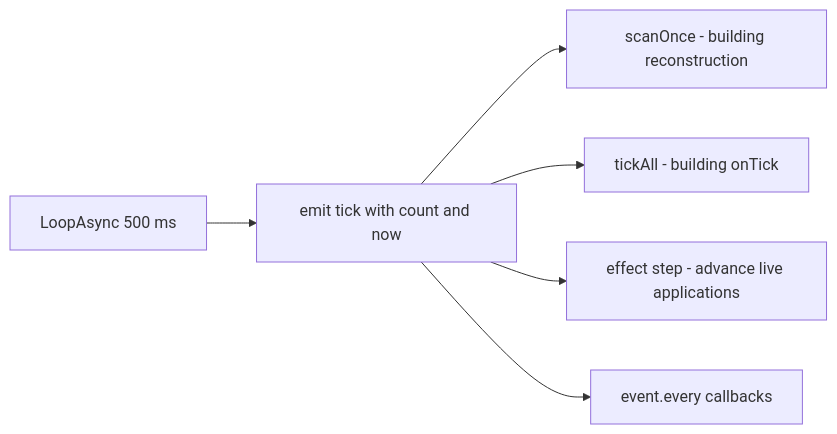
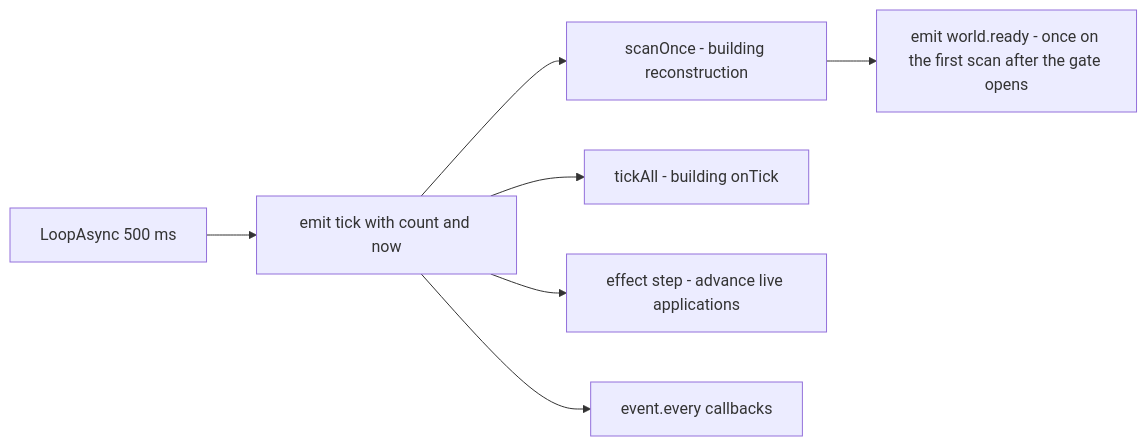
The fourth of 8 diagrams in docs/content/docs/concepts/lifecycle.ja.mdx (dr-mikan/PalForge), drawn with Mermaid before and after one commit. The commit also changed other lines of this file and 84 other files, not shown here.

````diff
--- a/docs/content/docs/concepts/lifecycle.ja.mdx
+++ b/docs/content/docs/concepts/lifecycle.ja.mdx
@@ -170,8 +212,9 @@
 ```mermaid
 flowchart LR
     L["LoopAsync 500 ms"] --> T["emit tick with count and now"]
     T --> S["scanOnce - building reconstruction"]
+    S --> W["emit world.ready - once on the first scan after the gate opens"]
     T --> B["tickAll - building onTick"]
     T --> E["effect step - advance live applications"]
     T --> U["event.every callbacks"]
 ```
````
